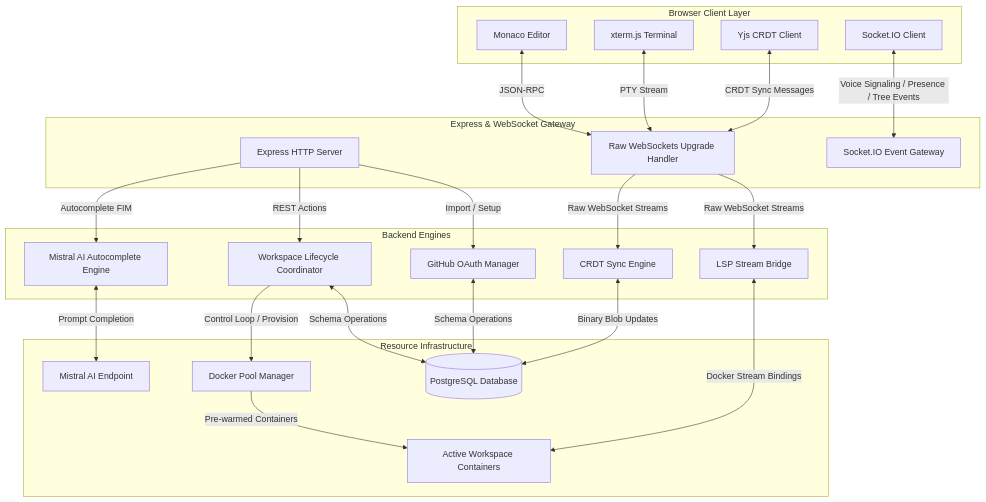
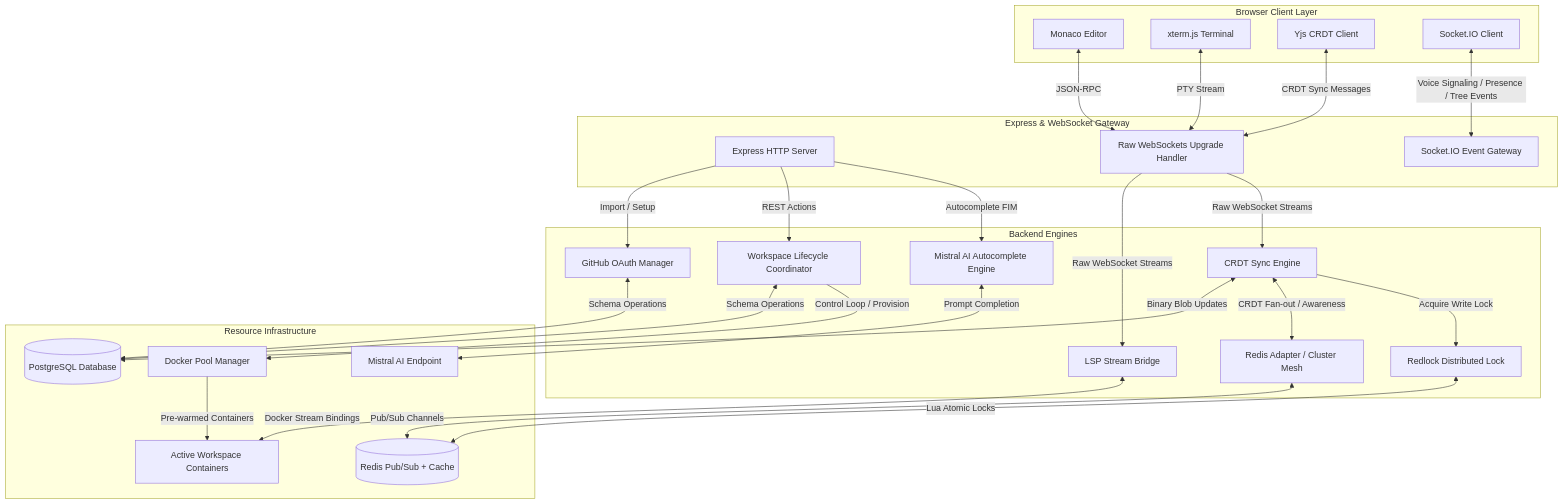
The diagram in README.md (AmanKashyapp07/NexusIDE), drawn with Mermaid before and after one commit. The commit also changed other lines of this file and 2 other files, not shown here.

Commit message:
docs: update README documentation to reflect the new Redis-backed stateless clustering and distributed locking architecture

````diff
--- a/README.md
+++ b/README.md
@@ -60,52 +62,59 @@
 ```mermaid
 graph TD
     %% Browser Layer
     subgraph Client [Browser Client Layer]
         A1[Monaco Editor]
         A2[xterm.js Terminal]
         A3[Yjs CRDT Client]
         A4[Socket.IO Client]
     end
 
     %% Gateway Layer
     subgraph Gateway [Express & WebSocket Gateway]
         B1[Express HTTP Server]
         B2[Raw WebSockets Upgrade Handler]
         B3[Socket.IO Event Gateway]
     end
 
     %% Business Logic Layer
     subgraph Logic [Backend Engines]
         C1[GitHub OAuth Manager]
         C2[Workspace Lifecycle Coordinator]
         C3[LSP Stream Bridge]
         C4[Mistral AI Autocomplete Engine]
         C5[CRDT Sync Engine]
+        C6[Redis Adapter / Cluster Mesh]
+        C7[Redlock Distributed Lock]
     end
 
     %% Resource Layer
     subgraph Infrastructure [Resource Infrastructure]
         D1[(PostgreSQL Database)]
         D2[Docker Pool Manager]
         D3[Active Workspace Containers]
         D4[Mistral AI Endpoint]
+        D5[(Redis Pub/Sub + Cache)]
     end
 
     %% Connections
     A1 <-->|JSON-RPC| B2
     A2 <-->|PTY Stream| B2
     A3 <-->|CRDT Sync Messages| B2
     A4 <-->|Voice Signaling / Presence / Tree Events| B3
 
     B1 -->|Import / Setup| C1
     B1 -->|REST Actions| C2
     B2 -->|Raw WebSocket Streams| C3 & C5
     B1 -->|Autocomplete FIM| C4
 
     C1 & C2 <-->|Schema Operations| D1
     C2 -->|Control Loop / Provision| D2
     D2 -->|Pre-warmed Containers| D3
     C3 <-->|Docker Stream Bindings| D3
     C4 <-->|Prompt Completion| D4
     C5 <-->|Binary Blob Updates| D1
+    C5 <-->|CRDT Fan-out / Awareness| C6
+    C6 <-->|Pub/Sub Channels| D5
+    C7 <-->|Lua Atomic Locks| D5
+    C5 -->|Acquire Write Lock| C7
 ```
````
